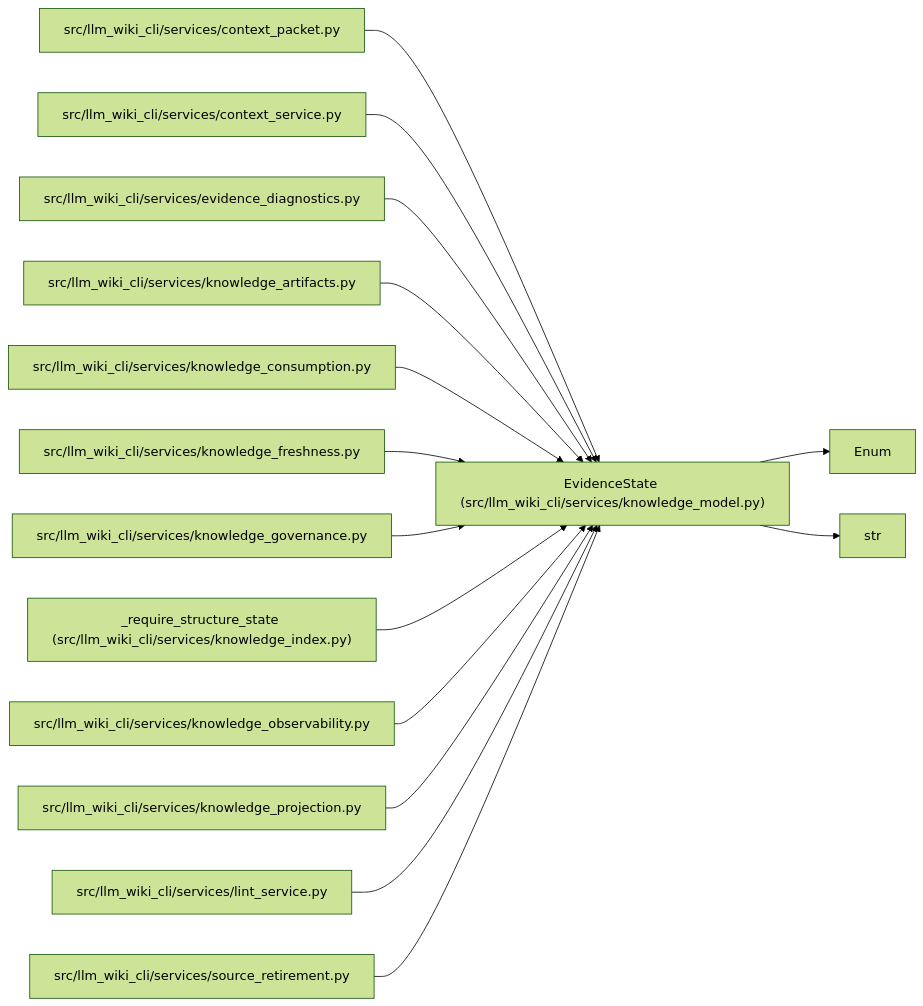
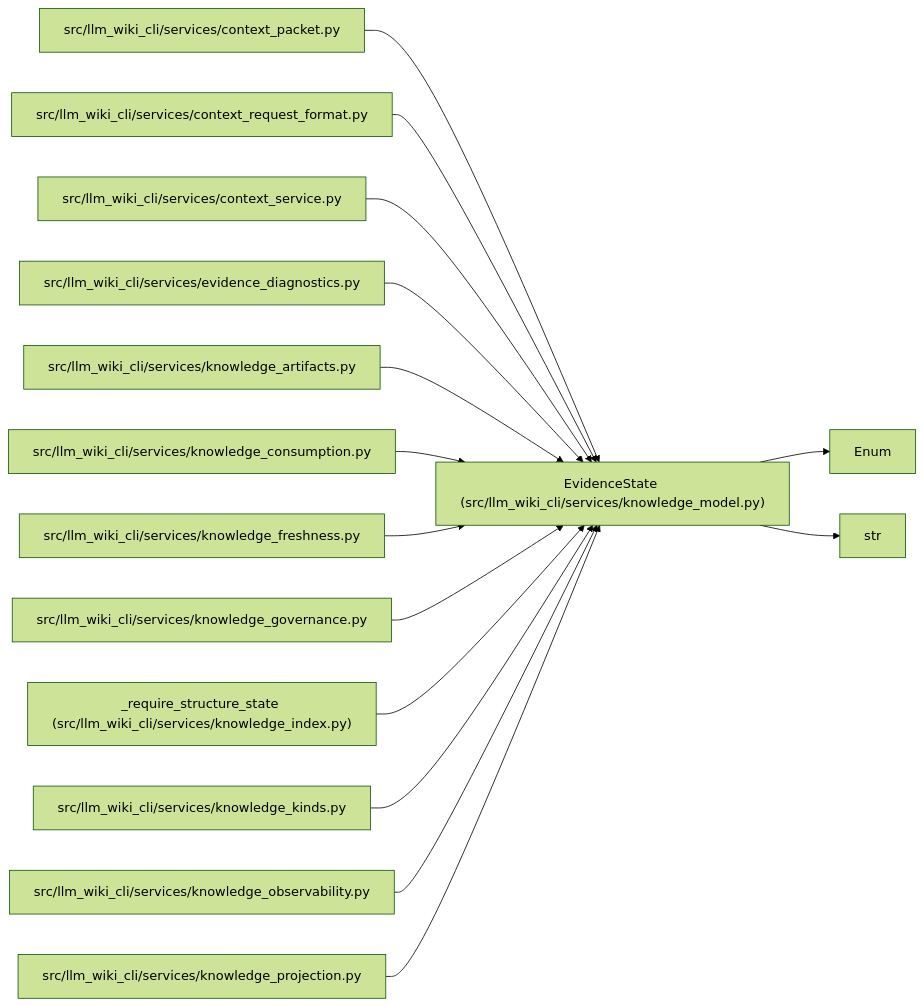
One commit to Denissvgn/python-wiki-llm changed the diagram in docs/llm_wiki/entities/EvidenceState.md. Above: the diagram before and after it, drawn with Mermaid (forest theme). The commit also changed other lines of this file and 1555 other files, not shown here.

````diff
--- a/docs/llm_wiki/entities/EvidenceState.md
+++ b/docs/llm_wiki/entities/EvidenceState.md
@@ -29,45 +29,45 @@
 ```mermaid
 flowchart LR
     n0["EvidenceState (src/llm_wiki_cli/services/knowledge_model.py)"]
     n1["Enum"]
     n2["str"]
     n3["src/llm_wiki_cli/services/context_packet.py"]
-    n4["src/llm_wiki_cli/services/context_service.py"]
-    n5["src/llm_wiki_cli/services/evidence_diagnostics.py"]
-    n6["src/llm_wiki_cli/services/knowledge_artifacts.py"]
-    n7["src/llm_wiki_cli/services/knowledge_consumption.py"]
-    n8["src/llm_wiki_cli/services/knowledge_freshness.py"]
-    n9["src/llm_wiki_cli/services/knowledge_governance.py"]
-    n10["_require_structure_state (src/llm_wiki_cli/services/knowledge_index.py)"]
-    n11["src/llm_wiki_cli/services/knowledge_observability.py"]
-    n12["src/llm_wiki_cli/services/knowledge_projection.py"]
-    n13["src/llm_wiki_cli/services/lint_service.py"]
-    n14["src/llm_wiki_cli/services/source_retirement.py"]
+    n4["src/llm_wiki_cli/services/context_request_format.py"]
+    n5["src/llm_wiki_cli/services/context_service.py"]
+    n6["src/llm_wiki_cli/services/evidence_diagnostics.py"]
+    n7["src/llm_wiki_cli/services/knowledge_artifacts.py"]
+    n8["src/llm_wiki_cli/services/knowledge_consumption.py"]
+    n9["src/llm_wiki_cli/services/knowledge_freshness.py"]
+    n10["src/llm_wiki_cli/services/knowledge_governance.py"]
+    n11["_require_structure_state (src/llm_wiki_cli/services/knowledge_index.py)"]
+    n12["src/llm_wiki_cli/services/knowledge_kinds.py"]
+    n13["src/llm_wiki_cli/services/knowledge_observability.py"]
+    n14["src/llm_wiki_cli/services/knowledge_projection.py"]
     n0 --> n1
     n0 --> n2
     n3 --> n0
     n4 --> n0
     n5 --> n0
     n6 --> n0
     n7 --> n0
     n8 --> n0
     n9 --> n0
     n10 --> n0
     n11 --> n0
     n12 --> n0
     n13 --> n0
     n14 --> n0
     click n0 "../modules/knowledge_model.md"
     click n3 "../modules/context_packet.md"
-    click n4 "../modules/context_service.md"
-    click n5 "../modules/evidence_diagnostics.md"
-    click n6 "../modules/knowledge_artifacts.md"
-    click n7 "../modules/knowledge_consumption.md"
-    click n8 "../modules/knowledge_freshness.md"
-    click n9 "../modules/knowledge_governance.md"
-    click n10 "../modules/knowledge_index.md"
-    click n11 "../modules/knowledge_observability.md"
-    click n12 "../modules/knowledge_projection.md"
-    click n13 "../modules/lint_service.md"
-    click n14 "../modules/source_retirement.md"
+    click n4 "../modules/context_request_format.md"
+    click n5 "../modules/context_service.md"
+    click n6 "../modules/evidence_diagnostics.md"
+    click n7 "../modules/knowledge_artifacts.md"
+    click n8 "../modules/knowledge_consumption.md"
+    click n9 "../modules/knowledge_freshness.md"
+    click n10 "../modules/knowledge_governance.md"
+    click n11 "../modules/knowledge_index.md"
+    click n12 "../modules/knowledge_kinds.md"
+    click n13 "../modules/knowledge_observability.md"
+    click n14 "../modules/knowledge_projection.md"
 ```
````
